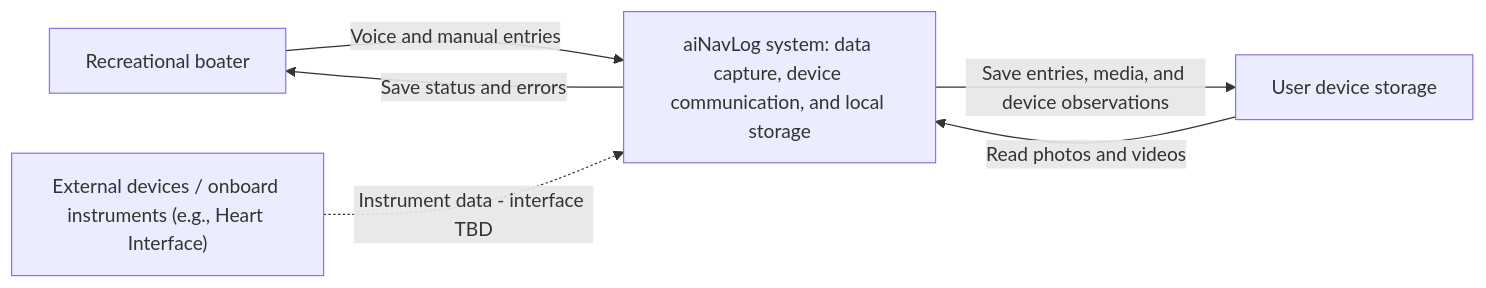
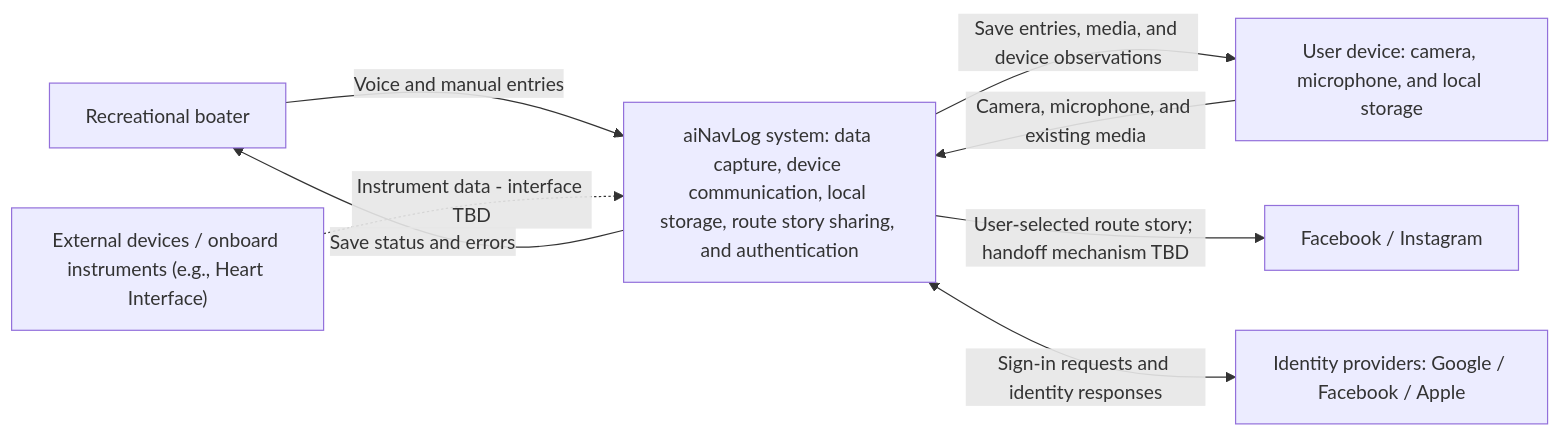
Before and after one commit to amanlig/kodekomplete: the first of 7 diagrams in architecture.md, drawn with Mermaid. The commit also changed other lines of this file, not shown here.

````diff
--- a/architecture.md
+++ b/architecture.md
@@ -83,13 +87,17 @@
 ```mermaid
 flowchart LR
     Boater["Recreational boater"]
-    Device["User device storage"]
+    Device["User device: camera, microphone, and local storage"]
     Instruments["External devices / onboard instruments (e.g., Heart Interface)"]
-    System["aiNavLog system: data capture, device communication, and local storage"]
+    Identity["Identity providers: Google / Facebook / Apple"]
+    Social["Facebook / Instagram"]
+    System["aiNavLog system: data capture, device communication, local storage, route story sharing, and authentication"]
 
     Boater -->|"Voice and manual entries"| System
-    Device -->|"Read photos and videos"| System
+    Device -->|"Camera, microphone, and existing media"| System
     System -->|"Save entries, media, and device observations"| Device
     Instruments -.->|"Instrument data - interface TBD"| System
     System -->|"Save status and errors"| Boater
+    System -->|"User-selected route story; handoff mechanism TBD"| Social
+    System <-->|"Sign-in requests and identity responses"| Identity
 ```
````
